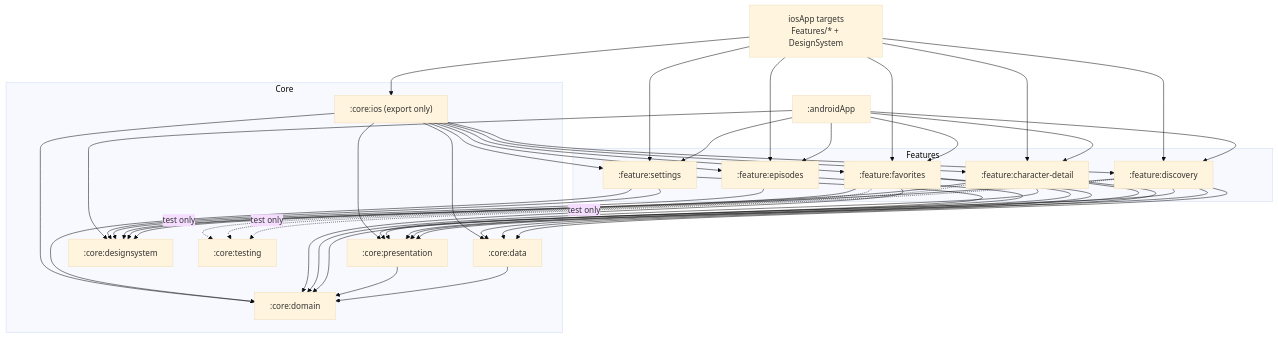
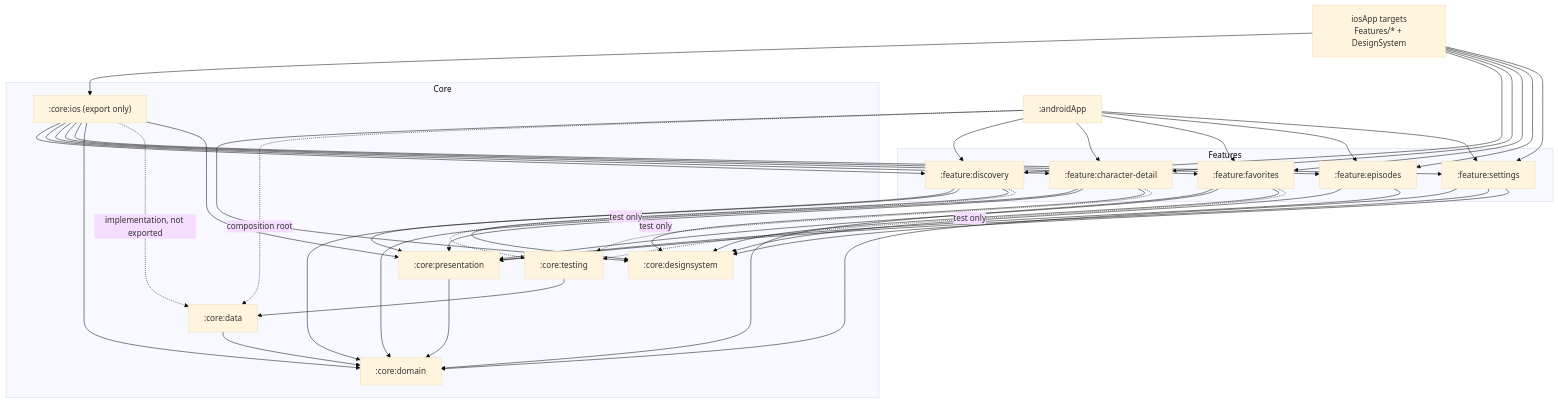
One commit to davidru85/RickAndMorty changed the third of 4 diagrams in docs/DESIGN.md. Above: the diagram before and after it, drawn with Mermaid (base theme). The commit also changed other lines of this file and 10 other files, not shown here.

````diff
--- a/docs/DESIGN.md
+++ b/docs/DESIGN.md
@@ -104,62 +106,61 @@
 ```mermaid
 flowchart TB
     subgraph Core
         CIOS[":core:ios (export only)"]
         CD[":core:domain"]
         CDA[":core:data"]
         CP[":core:presentation"]
         CDS[":core:designsystem"]
         CT[":core:testing"]
     end
     subgraph Features
         FD[":feature:discovery"]
         FC[":feature:character-detail"]
         FF[":feature:favorites"]
         FE[":feature:episodes"]
         FS[":feature:settings"]
     end
     APP[":androidApp"]
     IOS["iosApp targets<br/>Features/* + DesignSystem"]
     CDA --> CD
     CP --> CD
     FD --> CD
-    FD --> CDA
     FD --> CP
     FD --> CDS
     FC --> CD
-    FC --> CDA
     FC --> CP
     FC --> CDS
     FF --> CD
-    FF --> CDA
     FF --> CP
     FF --> CDS
     FE --> CDS
     FE --> CP
     FS --> CD
     FS --> CP
     FS --> CDS
     APP --> FD
     APP --> FC
     APP --> FF
     APP --> FE
     APP --> FS
     APP --> CDS
+    APP -. composition root .-> CDA
     CIOS --> FD
     CIOS --> FC
     CIOS --> FF
     CIOS --> FE
     CIOS --> FS
     CIOS --> CD
-    CIOS --> CDA
+    CIOS -. implementation, not exported .-> CDA
     CIOS --> CP
     IOS --> CIOS
     IOS --> FD
     IOS --> FC
     IOS --> FF
     IOS --> FE
     IOS --> FS
+    CT --> CDA
     FD -. test only .-> CT
     FC -. test only .-> CT
     FF -. test only .-> CT
 ```
````
